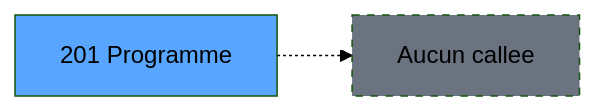
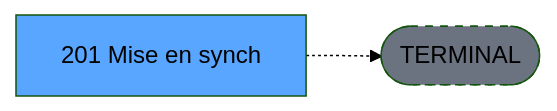
The third of 3 diagrams in .openspec/renders/ADH-IDE-201.md (thonyAGP/lecteur-magic), drawn with Mermaid (forest theme) before and after one commit. The commit also changed other lines of this file and 701 other files, not shown here.

````diff
--- a/.openspec/renders/ADH-IDE-201.md
+++ b/.openspec/renders/ADH-IDE-201.md
@@ -135,8 +134,8 @@
 ```mermaid
 graph LR
-    T[201 Programme]
-    NONE[Aucun callee]
-    T -.-> NONE
+    T[201   Mise en synch]
+    TERM([TERMINAL])
+    T -.-> TERM
+    style TERM fill:#6b7280,stroke-dasharray: 5 5
     style T fill:#58a6ff,color:#000
-    style NONE fill:#6b7280,stroke-dasharray: 5 5
 ```
````
